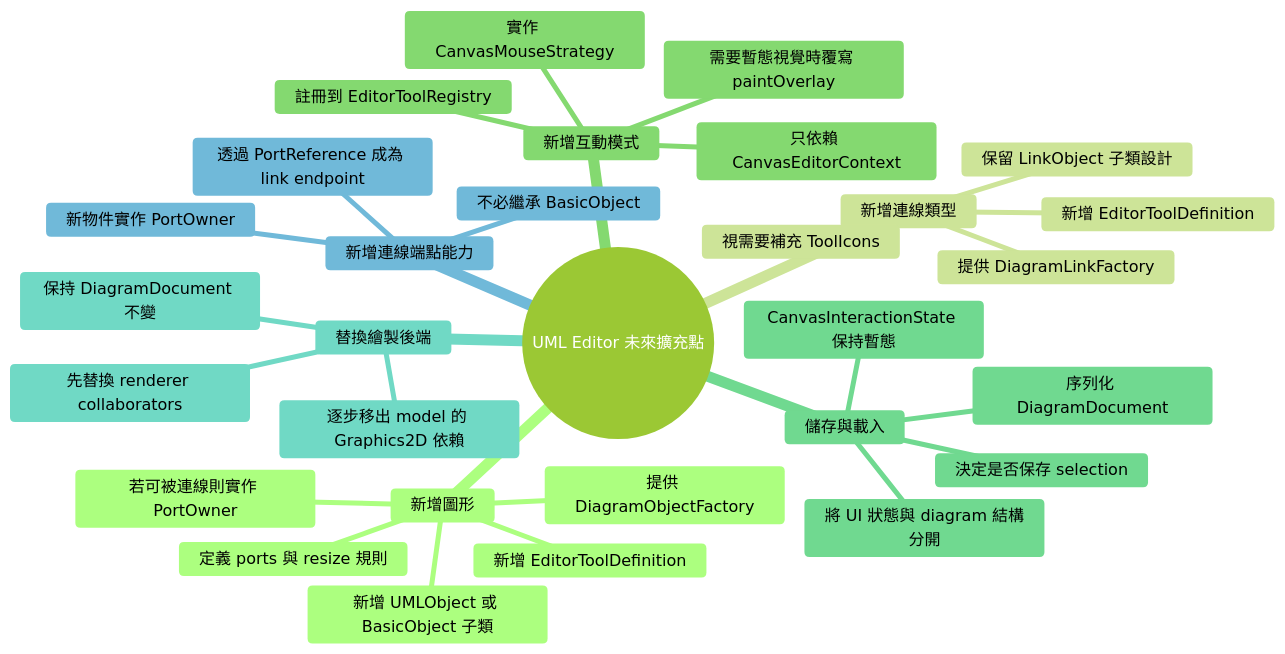
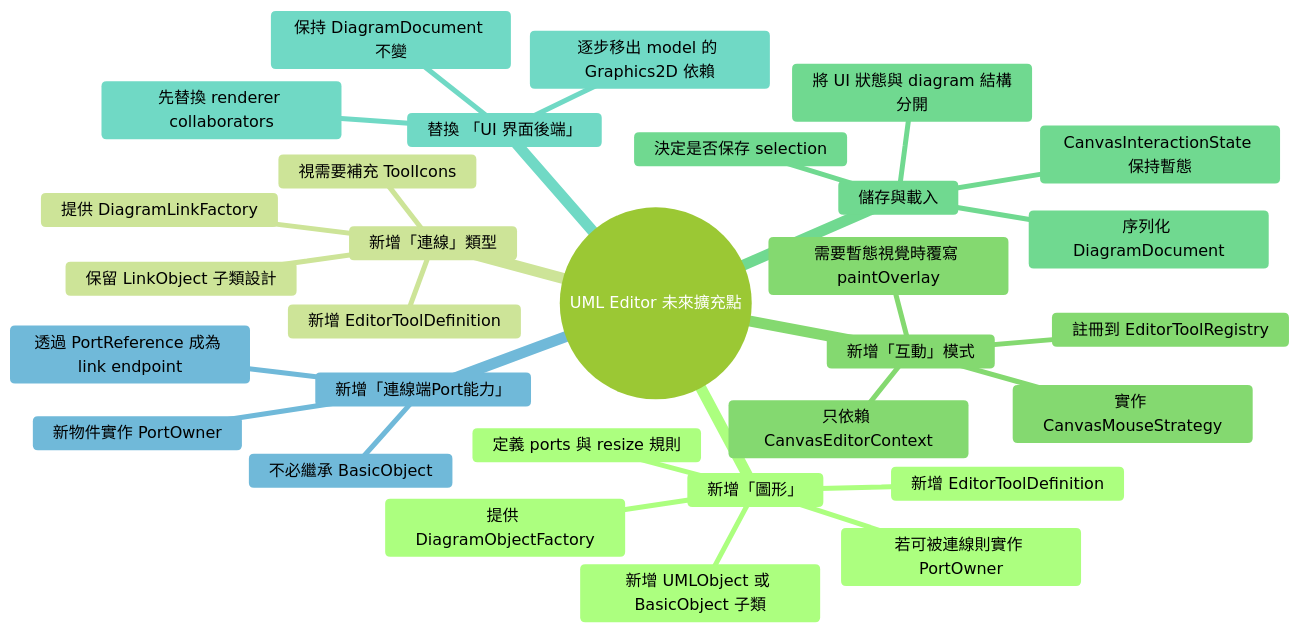
One commit to HsuChen88/UML-demo changed diagram 11 of 11 in ARCHITECTURE.md. Above: the diagram before and after it, drawn with Mermaid (forest theme). The commit also changed other lines of this file, not shown here.

Commit message:
docs: upate ARCHITECTURE.md

````diff
--- a/ARCHITECTURE.md
+++ b/ARCHITECTURE.md
@@ -527,33 +527,33 @@
 ```mermaid
 mindmap
   root((UML Editor 未來擴充點))
-    新增圖形
+    新增「圖形」
       新增 UMLObject 或 BasicObject 子類
       若可被連線則實作 PortOwner
       定義 ports 與 resize 規則
       新增 EditorToolDefinition
       提供 DiagramObjectFactory
-    新增連線類型
+    新增「連線」類型
       保留 LinkObject 子類設計
       提供 DiagramLinkFactory
       新增 EditorToolDefinition
       視需要補充 ToolIcons
-    新增互動模式
+    新增「互動」模式
       實作 CanvasMouseStrategy
       只依賴 CanvasEditorContext
       需要暫態視覺時覆寫 paintOverlay
       註冊到 EditorToolRegistry
     儲存與載入
       序列化 DiagramDocument
       CanvasInteractionState 保持暫態
       決定是否保存 selection
       將 UI 狀態與 diagram 結構分開
-    替換繪製後端
+    替換 「UI 界面後端」
       先替換 renderer collaborators
       逐步移出 model 的 Graphics2D 依賴
       保持 DiagramDocument 不變
-    新增連線端點能力
+    新增「連線端Port能力」
       新物件實作 PortOwner
       透過 PortReference 成為 link endpoint
       不必繼承 BasicObject
 ```
````
